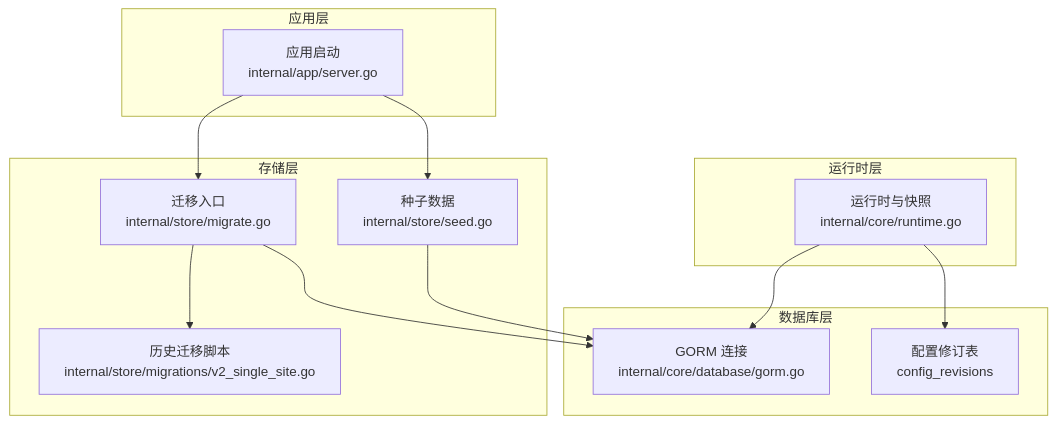
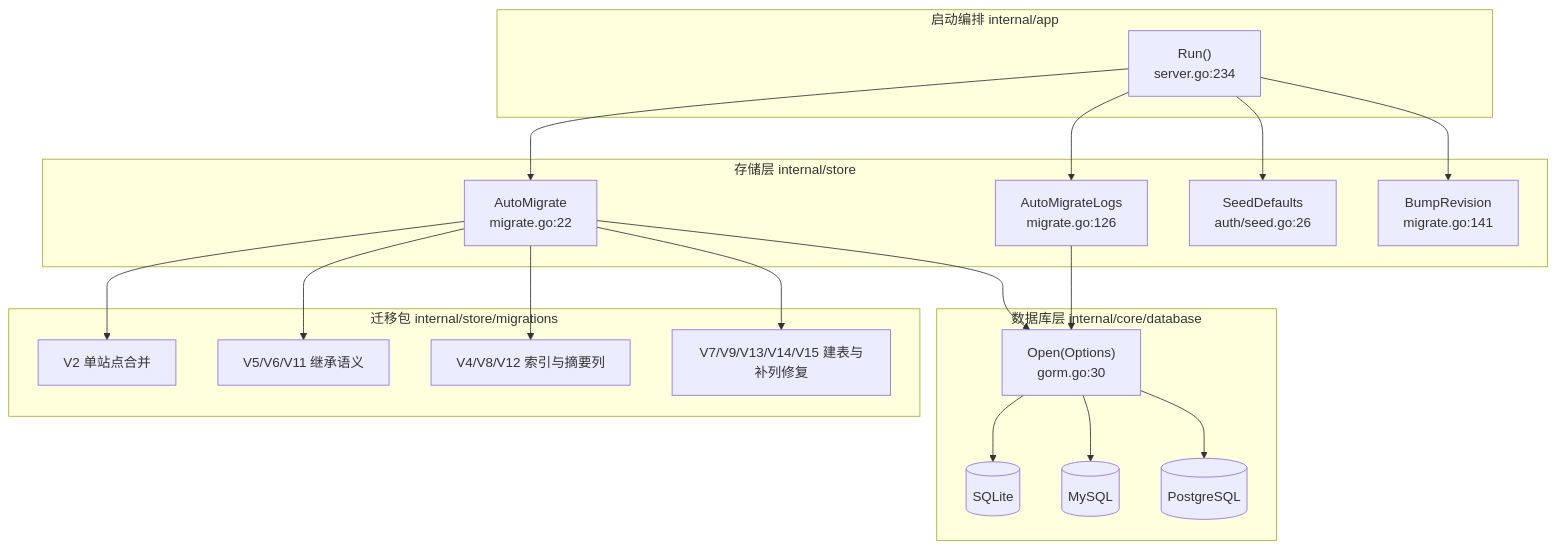
One commit to x01n/My-OpenWaf changed the first of 7 diagrams in docs/配置管理系统/迁移管理机制.md. Above: the diagram before and after it, drawn with Mermaid. The commit also changed other lines of this file and 622 other files, not shown here.

````diff
--- a/docs/配置管理系统/迁移管理机制.md
+++ b/docs/配置管理系统/迁移管理机制.md
@@ -43,25 +75,36 @@
 ```mermaid
 graph TB
-subgraph "应用层"
-APP["应用启动<br/>internal/app/server.go"]
+subgraph "启动编排 internal/app"
+RUN["Run()<br/>server.go:234"]
 end
-subgraph "存储层"
-MIG["迁移入口<br/>internal/store/migrate.go"]
-SEED["种子数据<br/>internal/store/seed.go"]
-MIGV2["历史迁移脚本<br/>internal/store/migrations/v2_single_site.go"]
+subgraph "存储层 internal/store"
+AM["AutoMigrate<br/>migrate.go:22"]
+AML["AutoMigrateLogs<br/>migrate.go:126"]
+BR["BumpRevision<br/>migrate.go:141"]
+SEED["SeedDefaults<br/>auth/seed.go:26"]
 end
-subgraph "运行时层"
-RT["运行时与快照<br/>internal/core/runtime.go"]
+subgraph "迁移包 internal/store/migrations"
+V2["V2 单站点合并"]
+V5V6V11["V5/V6/V11 继承语义"]
+V4V8V12["V4/V8/V12 索引与摘要列"]
+V7V9V13V14V15["V7/V9/V13/V14/V15 建表与补列修复"]
 end
-subgraph "数据库层"
-DB["GORM 连接<br/>internal/core/database/gorm.go"]
-CR["配置修订表<br/>config_revisions"]
+subgraph "数据库层 internal/core/database"
+OPEN["Open(Options)<br/>gorm.go:30"]
+SQL[("SQLite")]
+MY[("MySQL")]
+PG[("PostgreSQL")]
 end
-APP --> MIG
-APP --> SEED
-MIG --> MIGV2
-MIG --> DB
-SEED --> DB
-RT --> DB
-RT --> CR
+RUN --> AM --> V2
+AM --> V5V6V11
+AM --> V4V8V12
+AM --> V7V9V13V14V15
+RUN --> AML
+RUN --> SEED
+RUN --> BR
+AM --> OPEN
+AML --> OPEN
+OPEN --> SQL
+OPEN --> MY
+OPEN --> PG
 ```
````
